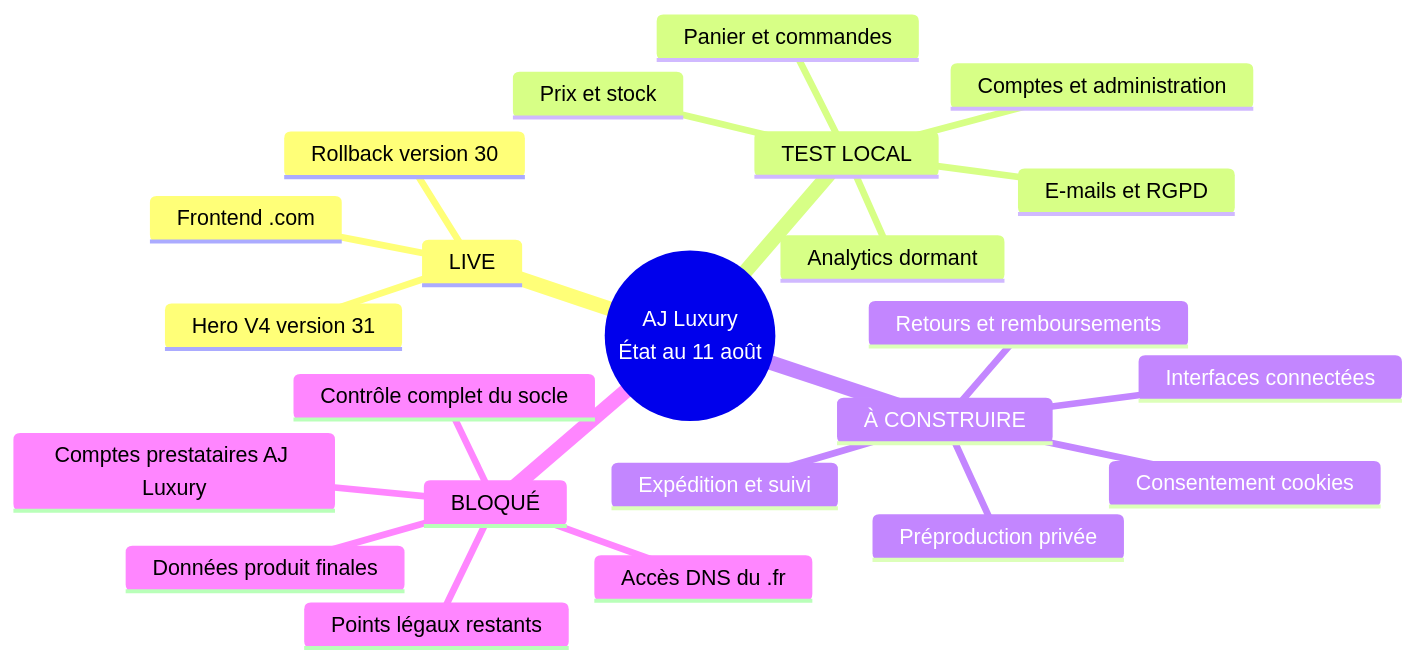
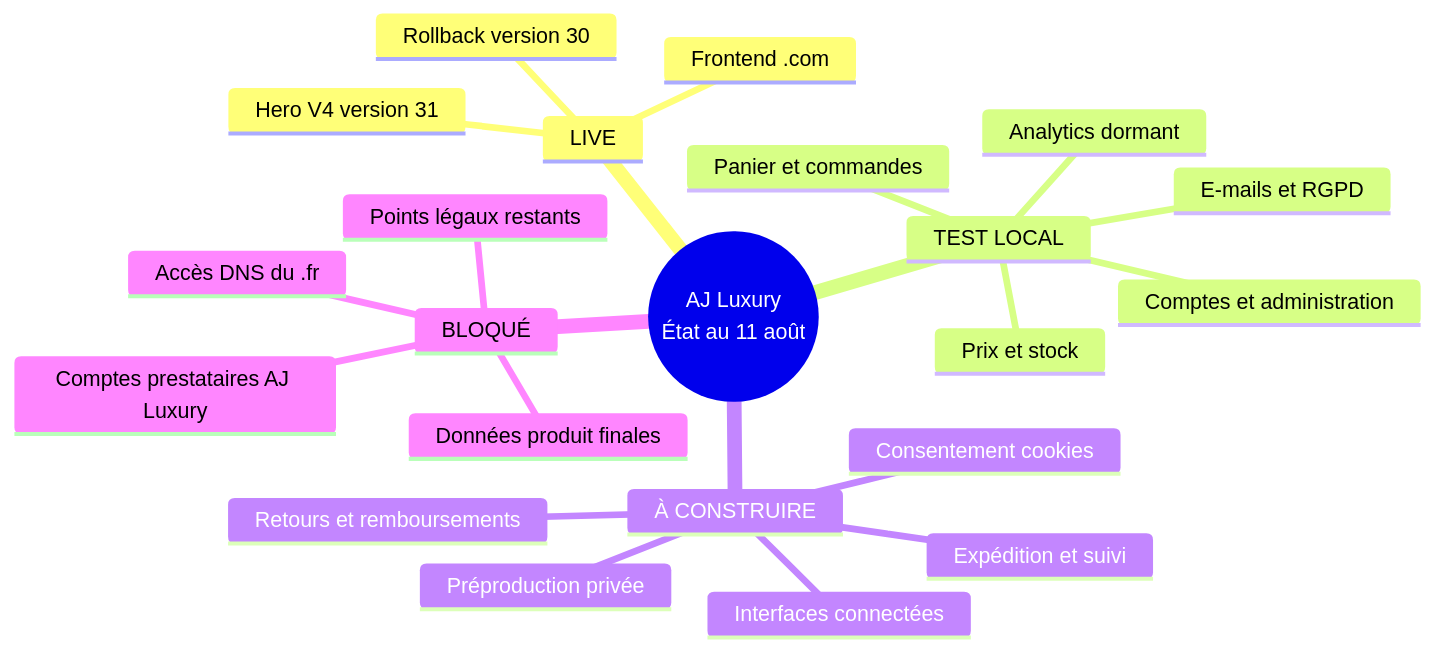
The diagram in docs/LOT-2-IMPLEMENTATION-STATUS.md (arochab/aj-luxury), drawn with Mermaid before and after one commit. The commit also changed other lines of this file and 1 other file, not shown here.

````diff
--- a/docs/LOT-2-IMPLEMENTATION-STATUS.md
+++ b/docs/LOT-2-IMPLEMENTATION-STATUS.md
@@ -18,26 +18,25 @@
 ```mermaid
 mindmap
   root((AJ Luxury<br/>État au 11 août))
     LIVE
       Frontend .com
       Hero V4 version 31
       Rollback version 30
     TEST LOCAL
       Prix et stock
       Panier et commandes
       Comptes et administration
       E-mails et RGPD
       Analytics dormant
     À CONSTRUIRE
       Expédition et suivi
       Retours et remboursements
       Consentement cookies
       Interfaces connectées
       Préproduction privée
     BLOQUÉ
-      Contrôle complet du socle
       Accès DNS du .fr
       Données produit finales
       Comptes prestataires AJ Luxury
       Points légaux restants
 ```
````
